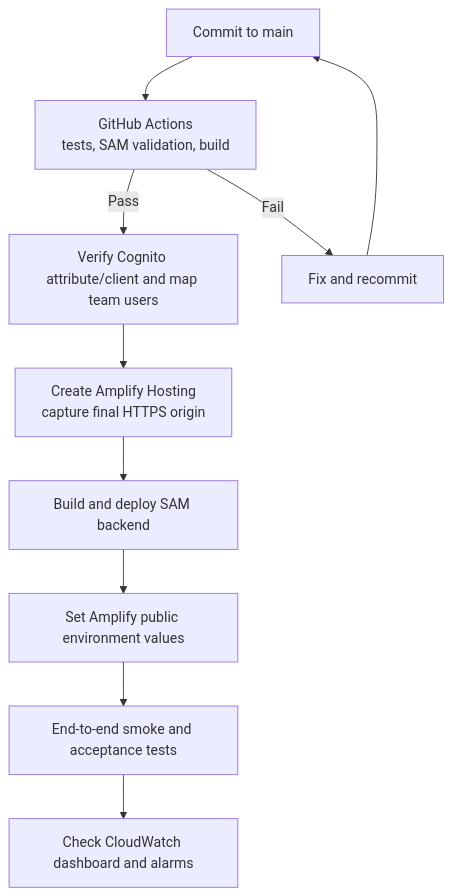
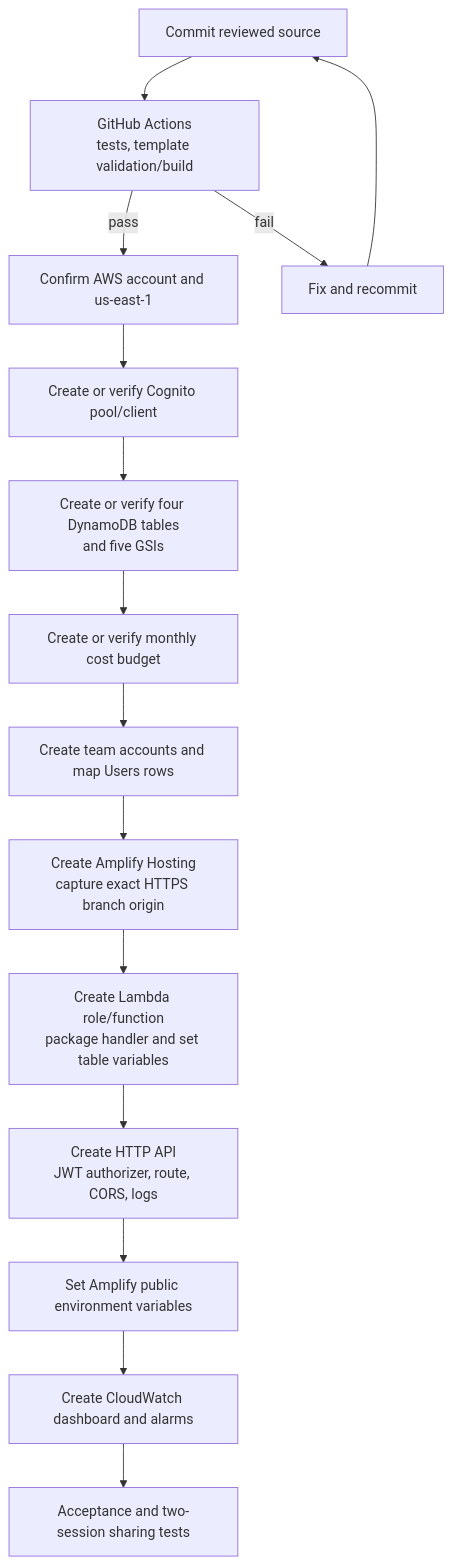
One commit to retzed/Team_Follow-Up_AWS-Deployment changed diagram 13 of 13 in docs/DOCUMENTATION.md. Above: the diagram before and after it, drawn with Mermaid. The commit also changed other lines of this file, not shown here.

Commit message:
Rewrite deployment documentation for console-first workflow and full-stack template

```diff
--- a/docs/DOCUMENTATION.md
+++ b/docs/DOCUMENTATION.md
@@ -1096,21 +1100,22 @@
 ~~~mermaid
 flowchart TD
-    Code[Commit to main]
-    CI[GitHub Actions<br/>tests, SAM validation, build]
-    Identity[Verify Cognito attribute/client and map team users]
-    Hosting[Create Amplify Hosting<br/>capture final HTTPS origin]
-    Backend[Build and deploy SAM backend]
-    Config[Set Amplify public environment values]
-    Smoke[End-to-end smoke and acceptance tests]
-    Monitor[Check CloudWatch dashboard and alarms]
+    Code[Commit reviewed source]
+    CI[GitHub Actions<br/>tests, template validation/build]
+    Account[Confirm AWS account and us-east-1]
+    Cognito[Create or verify Cognito pool/client]
+    Data[Create or verify four DynamoDB tables<br/>and five GSIs]
+    Budget[Create or verify monthly cost budget]
+    Team[Create team accounts and map Users rows]
+    Hosting[Create Amplify Hosting<br/>capture exact HTTPS branch origin]
+    Lambda[Create Lambda role/function<br/>package handler and set table variables]
+    API[Create HTTP API<br/>JWT authorizer, route, CORS, logs]
+    Config[Set Amplify public environment variables]
+    Ops[Create CloudWatch dashboard and alarms]
+    Tests[Acceptance and two-session sharing tests]
 
     Code --> CI
-    CI -->|Pass| Identity
-    Identity --> Hosting
-    Hosting --> Backend
-    Backend --> Config
-    Config --> Smoke
-    Smoke --> Monitor
-    CI -->|Fail| Fix[Fix and recommit]
+    CI -->|pass| Account
+    CI -->|fail| Fix[Fix and recommit]
     Fix --> Code
+    Account --> Cognito --> Data --> Budget --> Team --> Hosting --> Lambda --> API --> Config --> Ops --> Tests
 ~~~
```
